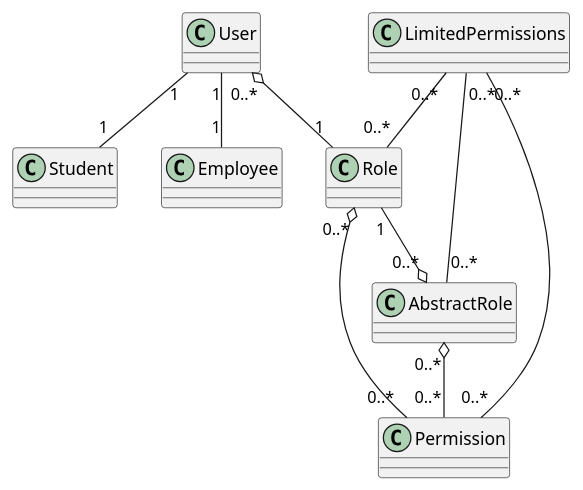
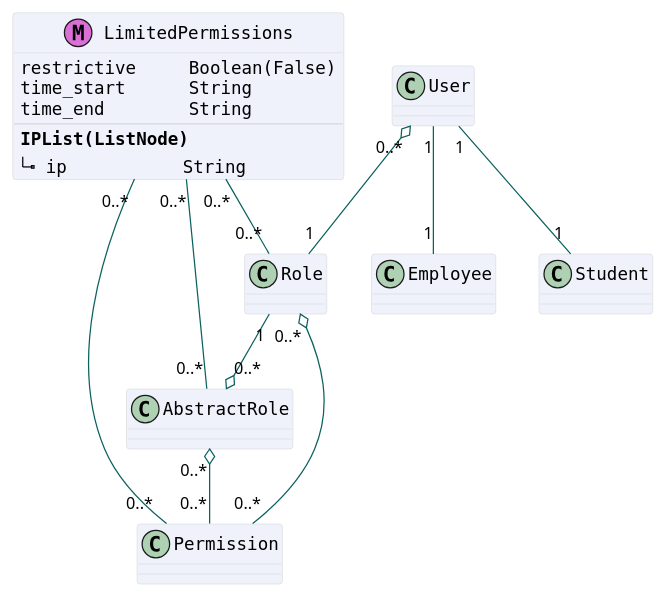
The diagram in source/zengine-ile-is-akisi-temelli-uygulama-gelistirme.rst (zetaops/ulakbus.org), drawn with PlantUML before and after one commit. The commit also changed other lines of this file and 1 other file, not shown here.

```diff
--- a/source/zengine-ile-is-akisi-temelli-uygulama-gelistirme.rst
+++ b/source/zengine-ile-is-akisi-temelli-uygulama-gelistirme.rst
@@ -155,10 +155,25 @@
 .. uml::
+    skinparam classAttributeFontName Monospaced
+    skinparam classBackgroundColor #EFF2FB
+    skinparam classBorderColor #D8D8D8
+    skinparam packageBorderColor #BDBDBD
+    skinparam classArrowColor #0B615E
+    skinparam shadowing false
+
+    class LimitedPermissions <<(M,orchid)>> {
+    restrictive     Boolean(False)
+    time_start      String
+    time_end        String
+    --
+    **IPList(ListNode)**
+    |_ ip           String
+    }
     User "1" -- "1" Student
     User "1" -- "1" Employee
     User "0..*" o-- "1" Role
     Role "1" --o "0..*" AbstractRole
     AbstractRole "0..*" o-- "0..*" Permission
     Role "0..*" o-- "0..*" Permission
     LimitedPermissions "0..*" -- "0..*" Permission
     LimitedPermissions "0..*" -- "0..*" Role
     LimitedPermissions "0..*" -- "0..*" AbstractRole
```
